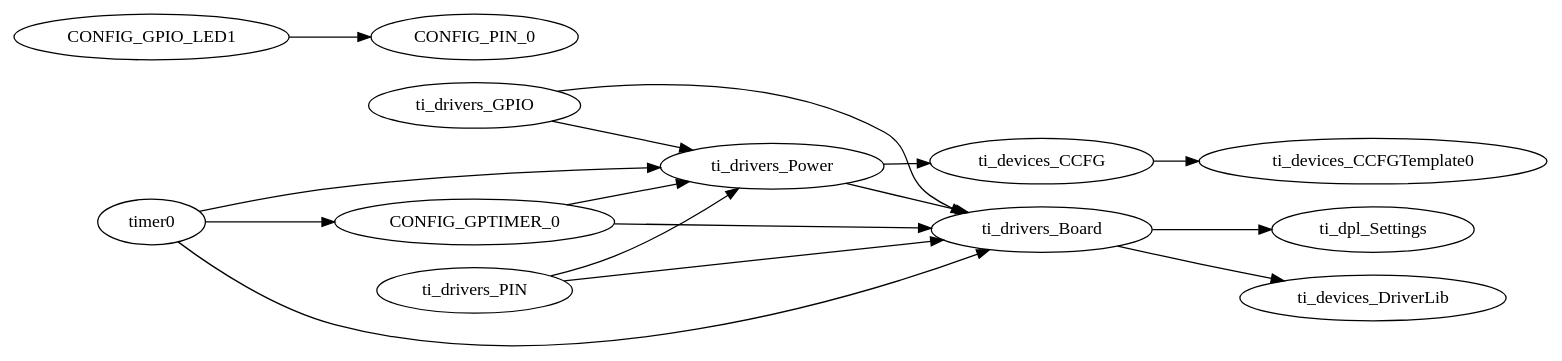
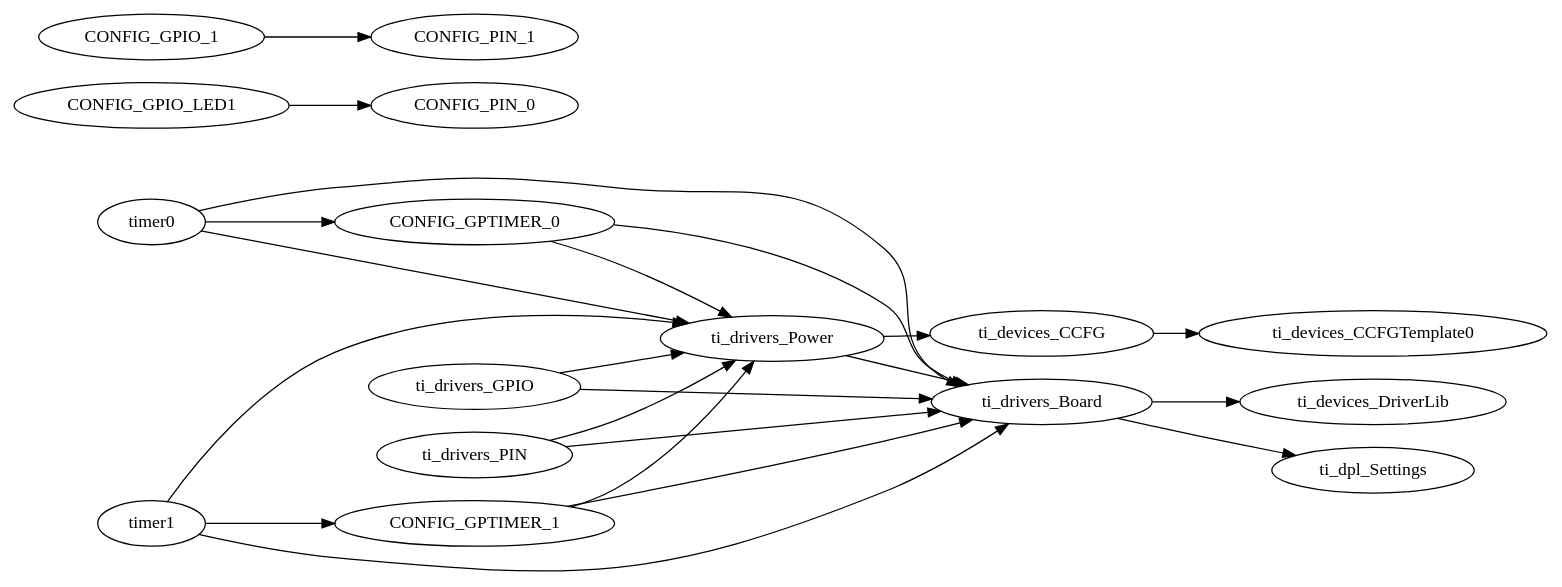
Before and after one commit to AgnivoKeus/TiRTOS_training: the diagram in hello_CC26X2R1_LAUNCHXL_tirtos_ccs/Debug/syscfg/ti_utils_runtime_model.gv, drawn with Graphviz. The commit also changed 458 other files, not shown here.

```diff
--- a/hello_CC26X2R1_LAUNCHXL_tirtos_ccs/Debug/syscfg/ti_utils_runtime_model.gv
+++ b/hello_CC26X2R1_LAUNCHXL_tirtos_ccs/Debug/syscfg/ti_utils_runtime_model.gv
@@ -1,41 +1,47 @@
 digraph Model
 {
     graph[rankdir=LR]
 
     // mod.$name=/ti/devices/CCFG
     ti_devices_CCFG -> ti_devices_CCFGTemplate0
 
     // mod.$name=/ti/devices/CCFGTemplate
 
     // mod.$name=/ti/devices/DriverLib
 
     // mod.$name=/ti/dpl/Settings
 
     // mod.$name=/ti/drivers/Board
     ti_drivers_Board -> ti_devices_DriverLib
     ti_drivers_Board -> ti_dpl_Settings
 
     // mod.$name=/ti/drivers/GPIO
     ti_drivers_GPIO -> ti_drivers_Power
     ti_drivers_GPIO -> ti_drivers_Board
     CONFIG_GPIO_LED1 -> CONFIG_PIN_0
+    CONFIG_GPIO_1 -> CONFIG_PIN_1
 
     // mod.$name=/ti/drivers/PIN
     ti_drivers_PIN -> ti_drivers_Power
     ti_drivers_PIN -> ti_drivers_Board
 
     // mod.$name=/ti/drivers/Power
     ti_drivers_Power -> ti_devices_CCFG
     ti_drivers_Power -> ti_drivers_Board
 
     // mod.$name=/ti/drivers/RTOS
 
     // mod.$name=/ti/drivers/Timer
     timer0 -> ti_drivers_Power
     timer0 -> ti_drivers_Board
+    timer1 -> ti_drivers_Power
+    timer1 -> ti_drivers_Board
     timer0 -> CONFIG_GPTIMER_0
+    timer1 -> CONFIG_GPTIMER_1
 
     // mod.$name=/ti/drivers/timer/GPTimerCC26XX
     CONFIG_GPTIMER_0 -> ti_drivers_Power
     CONFIG_GPTIMER_0 -> ti_drivers_Board
+    CONFIG_GPTIMER_1 -> ti_drivers_Power
+    CONFIG_GPTIMER_1 -> ti_drivers_Board
 }
```
